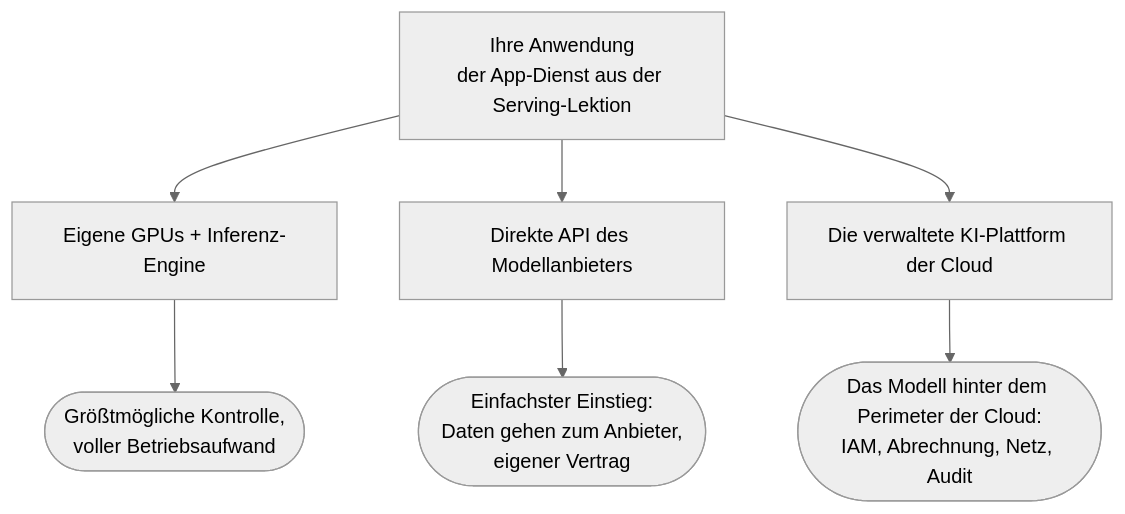
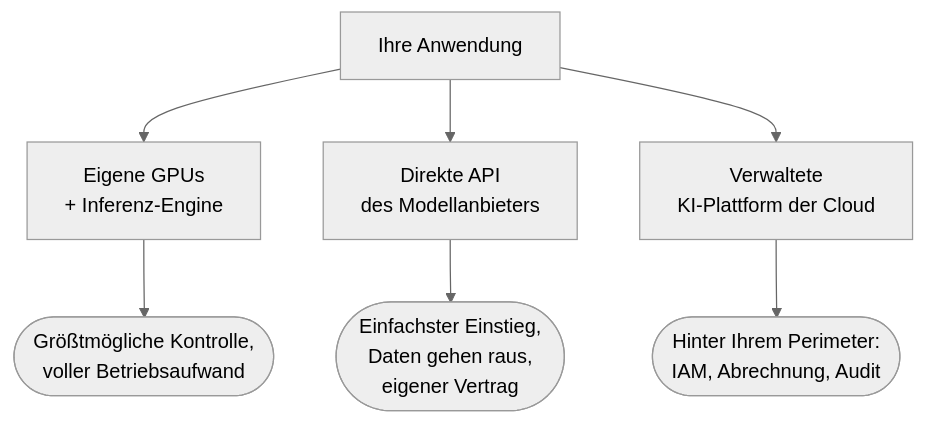
Before and after one commit to NikolaiSachok/ai-engineering-handbook: the diagram in i18n/de/docusaurus-plugin-content-docs/current/part-3-production/cloud-platforms/index.md, drawn with Mermaid (neutral theme). The commit also changed 75 other files, not shown here.

First line of the commit message:
fix(diagrams): re-author wide diagrams, and measure the three locales the gate never saw (#441)

````diff
--- a/i18n/de/docusaurus-plugin-content-docs/current/part-3-production/cloud-platforms/index.md
+++ b/i18n/de/docusaurus-plugin-content-docs/current/part-3-production/cloud-platforms/index.md
@@ -22,9 +22,9 @@
 ```mermaid
 flowchart TD
-    APP["Ihre Anwendung<br/>der App-Dienst aus der Serving-Lektion"] --> OWN["Eigene GPUs + Inferenz-Engine"]
-    APP --> VENDOR["Direkte API des Modellanbieters"]
-    APP --> CLOUD["Die verwaltete KI-Plattform der Cloud"]
+    APP["Ihre Anwendung"] --> OWN["Eigene GPUs<br/>+ Inferenz-Engine"]
+    APP --> VENDOR["Direkte API<br/>des Modellanbieters"]
+    APP --> CLOUD["Verwaltete<br/>KI-Plattform der Cloud"]
     OWN --> OWN2(["Größtmögliche Kontrolle,<br/>voller Betriebsaufwand"])
-    VENDOR --> VENDOR2(["Einfachster Einstieg:<br/>Daten gehen zum Anbieter,<br/>eigener Vertrag"])
-    CLOUD --> CLOUD2(["Das Modell hinter dem Perimeter der Cloud:<br/>IAM, Abrechnung, Netz, Audit"])
+    VENDOR --> VENDOR2(["Einfachster Einstieg,<br/>Daten gehen raus,<br/>eigener Vertrag"])
+    CLOUD --> CLOUD2(["Hinter Ihrem Perimeter:<br/>IAM, Abrechnung, Audit"])
 ```
````
